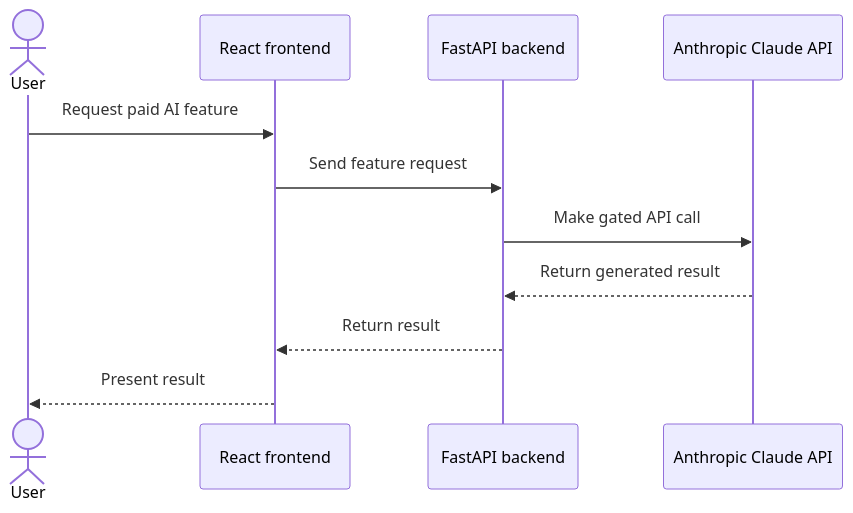
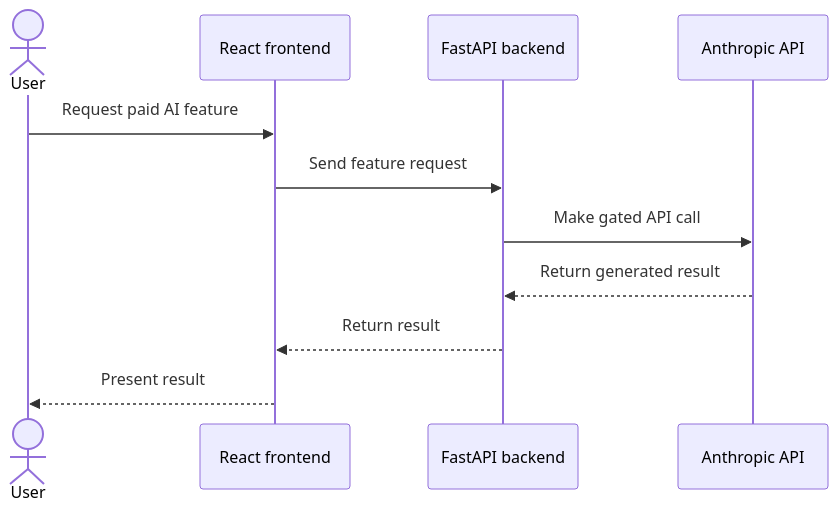
The second of 3 diagrams in docs/request-and-payment-flows.md (swagatskalita092/clearscan-engineering), drawn with Mermaid before and after one commit. The commit also changed other lines of this file and 5 other files, not shown here.

Commit message:
Docs: refer to Anthropic instead of Claude

````diff
--- a/docs/request-and-payment-flows.md
+++ b/docs/request-and-payment-flows.md
@@ -32,14 +32,14 @@
 ```mermaid
 sequenceDiagram
     actor User
     participant Frontend as React frontend
     participant API as FastAPI backend
-    participant Claude as Anthropic Claude API
+    participant Anthropic as Anthropic API
 
     User->>Frontend: Request paid AI feature
     Frontend->>API: Send feature request
-    API->>Claude: Make gated API call
-    Claude-->>API: Return generated result
+    API->>Anthropic: Make gated API call
+    Anthropic-->>API: Return generated result
     API-->>Frontend: Return result
     Frontend-->>User: Present result
 ```
````
